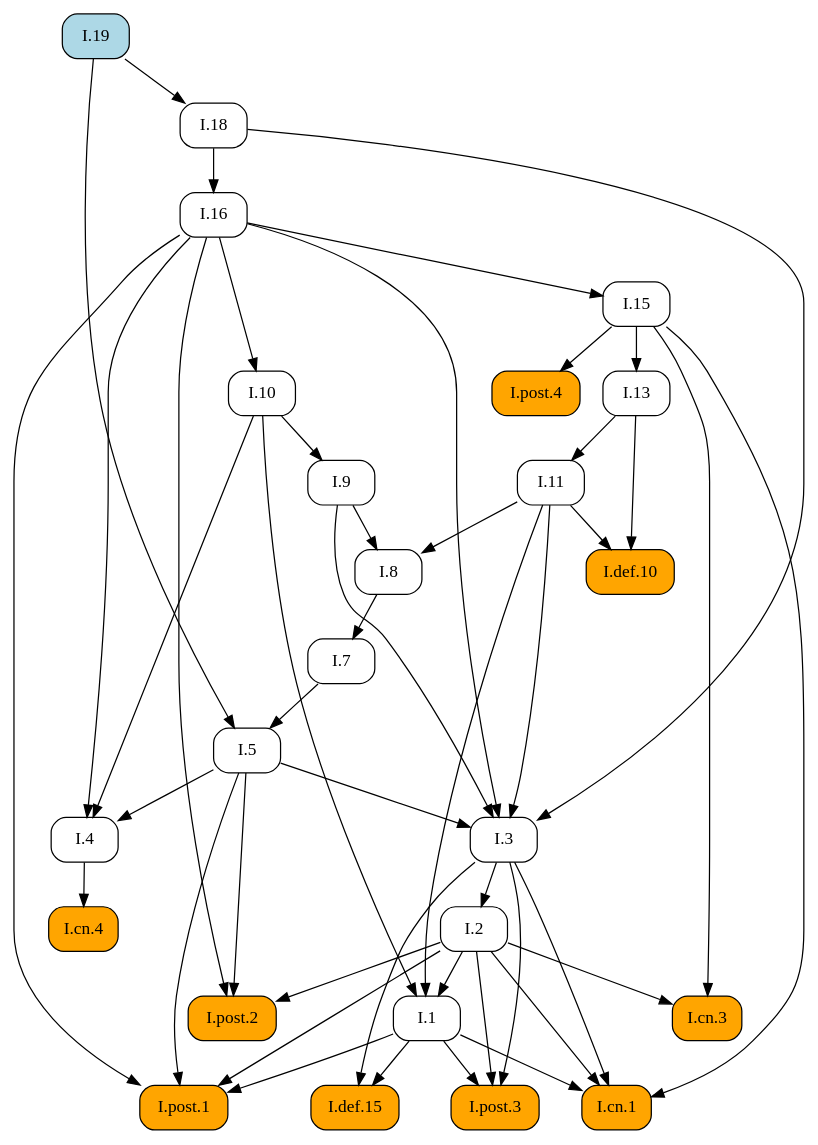
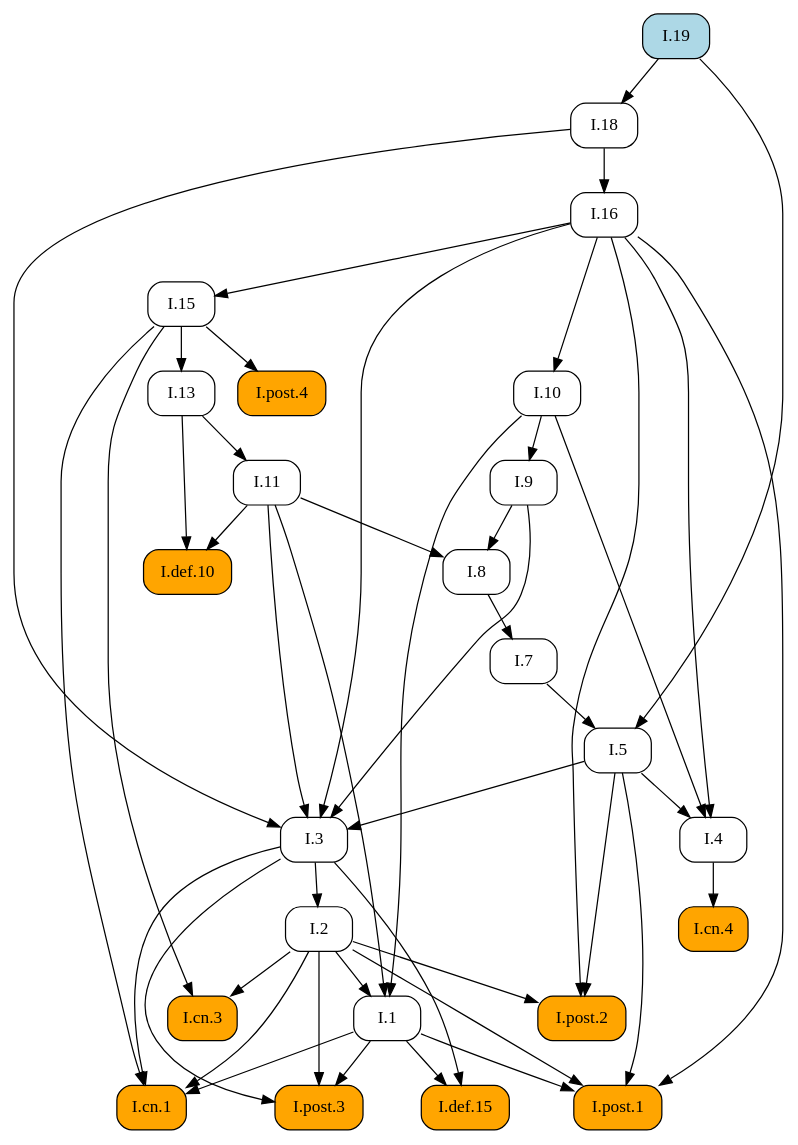
Before and after one commit to geometor/elements: the diagram in docsrc/elements2/I/19/index.rst, drawn with Graphviz. The commit also changed other lines of this file and 409 other files, not shown here.

First line of the commit message:
feat: Add image cropping and graphic extraction script

```diff
--- a/docsrc/elements2/I/19/index.rst
+++ b/docsrc/elements2/I/19/index.rst
@@ -45,76 +45,76 @@
 .. graphviz::
 
    digraph {
      rankdir="TB";
      node [shape=box, style=rounded];
+     "I.def.15" [style="rounded,filled", fillcolor=orange, URL="/elements2/I/def.15/", target="_top"];
+     "I.19" [style="rounded,filled", fillcolor=lightblue, URL="/elements2/I/19/", target="_top"];
+     "I.18" [URL="/elements2/I/18/", target="_top"];
+     "I.11" [URL="/elements2/I/11/", target="_top"];
+     "I.def.10" [style="rounded,filled", fillcolor=orange, URL="/elements2/I/def.10/", target="_top"];
      "I.8" [URL="/elements2/I/8/", target="_top"];
-     "I.19" [style="rounded,filled", fillcolor=lightblue, URL="/elements2/I/19/", target="_top"];
-     "I.1" [URL="/elements2/I/1/", target="_top"];
-     "I.cn.4" [style="rounded,filled", fillcolor=orange, URL="/elements2/I/cn.4/", target="_top"];
-     "I.cn.3" [style="rounded,filled", fillcolor=orange, URL="/elements2/I/cn.3/", target="_top"];
-     "I.7" [URL="/elements2/I/7/", target="_top"];
-     "I.post.1" [style="rounded,filled", fillcolor=orange, URL="/elements2/I/post.1/", target="_top"];
-     "I.9" [URL="/elements2/I/9/", target="_top"];
      "I.5" [URL="/elements2/I/5/", target="_top"];
-     "I.cn.1" [style="rounded,filled", fillcolor=orange, URL="/elements2/I/cn.1/", target="_top"];
-     "I.post.4" [style="rounded,filled", fillcolor=orange, URL="/elements2/I/post.4/", target="_top"];
-     "I.def.10" [style="rounded,filled", fillcolor=orange, URL="/elements2/I/def.10/", target="_top"];
-     "I.16" [URL="/elements2/I/16/", target="_top"];
-     "I.18" [URL="/elements2/I/18/", target="_top"];
-     "I.13" [URL="/elements2/I/13/", target="_top"];
-     "I.2" [URL="/elements2/I/2/", target="_top"];
-     "I.def.15" [style="rounded,filled", fillcolor=orange, URL="/elements2/I/def.15/", target="_top"];
-     "I.4" [URL="/elements2/I/4/", target="_top"];
-     "I.11" [URL="/elements2/I/11/", target="_top"];
-     "I.10" [URL="/elements2/I/10/", target="_top"];
      "I.15" [URL="/elements2/I/15/", target="_top"];
      "I.3" [URL="/elements2/I/3/", target="_top"];
+     "I.10" [URL="/elements2/I/10/", target="_top"];
+     "I.cn.3" [style="rounded,filled", fillcolor=orange, URL="/elements2/I/cn.3/", target="_top"];
+     "I.cn.1" [style="rounded,filled", fillcolor=orange, URL="/elements2/I/cn.1/", target="_top"];
+     "I.13" [URL="/elements2/I/13/", target="_top"];
+     "I.post.3" [style="rounded,filled", fillcolor=orange, URL="/elements2/I/post.3/", target="_top"];
+     "I.4" [URL="/elements2/I/4/", target="_top"];
+     "I.7" [URL="/elements2/I/7/", target="_top"];
+     "I.9" [URL="/elements2/I/9/", target="_top"];
+     "I.16" [URL="/elements2/I/16/", target="_top"];
+     "I.post.1" [style="rounded,filled", fillcolor=orange, URL="/elements2/I/post.1/", target="_top"];
+     "I.2" [URL="/elements2/I/2/", target="_top"];
+     "I.cn.4" [style="rounded,filled", fillcolor=orange, URL="/elements2/I/cn.4/", target="_top"];
+     "I.post.4" [style="rounded,filled", fillcolor=orange, URL="/elements2/I/post.4/", target="_top"];
+     "I.1" [URL="/elements2/I/1/", target="_top"];
      "I.post.2" [style="rounded,filled", fillcolor=orange, URL="/elements2/I/post.2/", target="_top"];
-     "I.post.3" [style="rounded,filled", fillcolor=orange, URL="/elements2/I/post.3/", target="_top"];
+     "I.1" -> "I.def.15";
+     "I.3" -> "I.def.15";
+     "I.19" -> "I.18";
+     "I.13" -> "I.11";
+     "I.11" -> "I.def.10";
+     "I.13" -> "I.def.10";
      "I.9" -> "I.8";
      "I.11" -> "I.8";
-     "I.2" -> "I.1";
-     "I.10" -> "I.1";
-     "I.11" -> "I.1";
-     "I.4" -> "I.cn.4";
-     "I.2" -> "I.cn.3";
-     "I.15" -> "I.cn.3";
-     "I.8" -> "I.7";
-     "I.1" -> "I.post.1";
-     "I.2" -> "I.post.1";
-     "I.5" -> "I.post.1";
-     "I.16" -> "I.post.1";
-     "I.10" -> "I.9";
      "I.7" -> "I.5";
      "I.19" -> "I.5";
-     "I.1" -> "I.cn.1";
-     "I.2" -> "I.cn.1";
-     "I.3" -> "I.cn.1";
-     "I.15" -> "I.cn.1";
-     "I.15" -> "I.post.4";
-     "I.11" -> "I.def.10";
-     "I.13" -> "I.def.10";
-     "I.18" -> "I.16";
-     "I.19" -> "I.18";
-     "I.15" -> "I.13";
-     "I.3" -> "I.2";
-     "I.1" -> "I.def.15";
-     "I.3" -> "I.def.15";
-     "I.5" -> "I.4";
-     "I.10" -> "I.4";
-     "I.16" -> "I.4";
-     "I.13" -> "I.11";
-     "I.16" -> "I.10";
      "I.16" -> "I.15";
      "I.5" -> "I.3";
      "I.9" -> "I.3";
      "I.11" -> "I.3";
      "I.16" -> "I.3";
      "I.18" -> "I.3";
+     "I.16" -> "I.10";
+     "I.2" -> "I.cn.3";
+     "I.15" -> "I.cn.3";
+     "I.1" -> "I.cn.1";
+     "I.2" -> "I.cn.1";
+     "I.3" -> "I.cn.1";
+     "I.15" -> "I.cn.1";
+     "I.15" -> "I.13";
+     "I.1" -> "I.post.3";
+     "I.2" -> "I.post.3";
+     "I.3" -> "I.post.3";
+     "I.5" -> "I.4";
+     "I.10" -> "I.4";
+     "I.16" -> "I.4";
+     "I.8" -> "I.7";
+     "I.10" -> "I.9";
+     "I.18" -> "I.16";
+     "I.1" -> "I.post.1";
+     "I.2" -> "I.post.1";
+     "I.5" -> "I.post.1";
+     "I.16" -> "I.post.1";
+     "I.3" -> "I.2";
+     "I.4" -> "I.cn.4";
+     "I.15" -> "I.post.4";
+     "I.2" -> "I.1";
+     "I.10" -> "I.1";
+     "I.11" -> "I.1";
      "I.2" -> "I.post.2";
      "I.5" -> "I.post.2";
      "I.16" -> "I.post.2";
-     "I.1" -> "I.post.3";
-     "I.2" -> "I.post.3";
-     "I.3" -> "I.post.3";
    }
```
